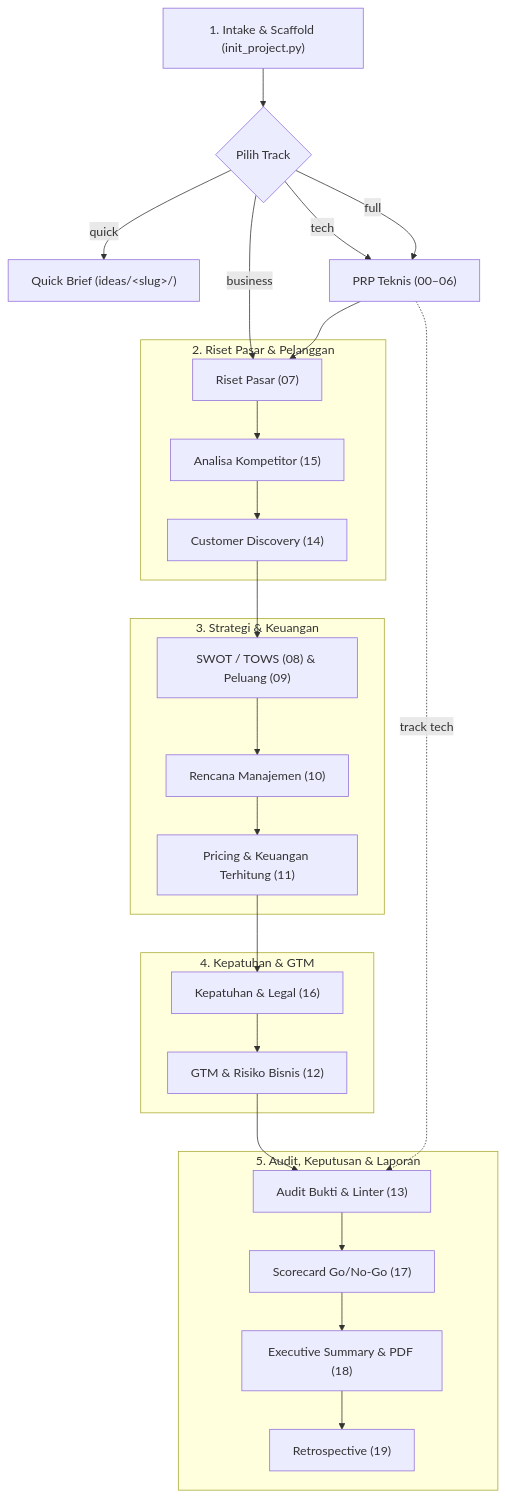
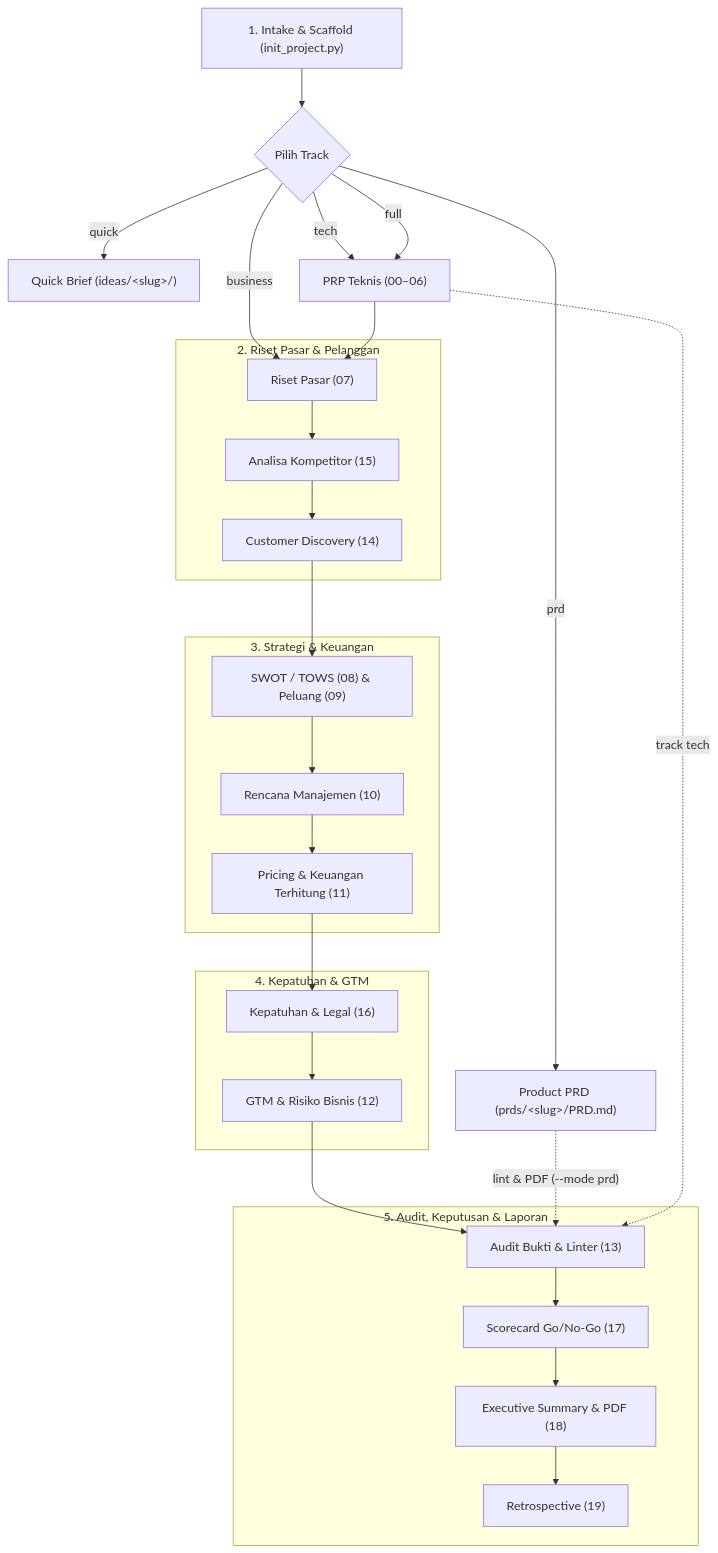
The diagram in README.id.md (AlulCode45/IdeaForge), drawn with Mermaid before and after one commit. The commit also changed other lines of this file and 21 other files, not shown here.

````diff
--- a/README.id.md
+++ b/README.id.md
@@ -58,26 +60,28 @@
 ```mermaid
 flowchart TD
     A["1. Intake & Scaffold (init_project.py)"] --> B{"Pilih Track"}
     B -- "quick" --> Q["Quick Brief (ideas/&lt;slug&gt;/)"]
+    B -- "prd" --> P["Product PRD (prds/&lt;slug&gt;/PRD.md)"]
     B -- "tech" --> T["PRP Teknis (00–06)"]
     B -- "business" --> M["Riset Pasar (07)"]
     B -- "full" --> T --> M
 
     subgraph Discovery["2. Riset Pasar & Pelanggan"]
         M --> C["Analisa Kompetitor (15)"] --> D["Customer Discovery (14)"]
     end
 
     subgraph Strategy["3. Strategi & Keuangan"]
         D --> S["SWOT / TOWS (08) & Peluang (09)"] --> MG["Rencana Manajemen (10)"] --> F["Pricing & Keuangan Terhitung (11)"]
     end
 
     subgraph Risk["4. Kepatuhan & GTM"]
         F --> L["Kepatuhan & Legal (16)"] --> G["GTM & Risiko Bisnis (12)"]
     end
 
     subgraph Decision["5. Audit, Keputusan & Laporan"]
         G --> E["Audit Bukti & Linter (13)"] --> SC["Scorecard Go/No-Go (17)"] --> EX["Executive Summary & PDF (18)"] --> R["Retrospective (19)"]
     end
 
+    P -. "lint & PDF (--mode prd)" .-> E
     T -. "track tech" .-> E
 ```
````
